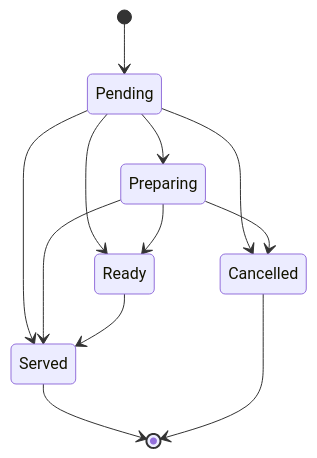
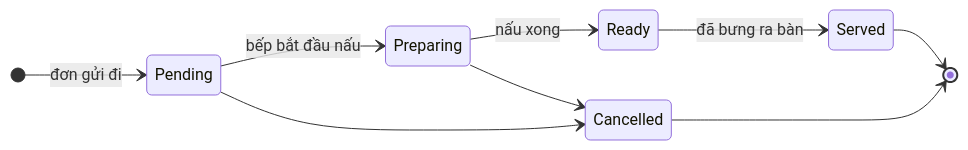
One commit to Anpham120/restaurant-qr-ai-ordering-mobile changed the third of 3 diagrams in docs/backend/ARCHITECTURE.md. Above: the diagram before and after it, drawn with Mermaid. The commit also changed other lines of this file and 23 other files, not shown here.

````diff
--- a/docs/backend/ARCHITECTURE.md
+++ b/docs/backend/ARCHITECTURE.md
@@ -422,14 +119,12 @@
 ```mermaid
 stateDiagram-v2
-    [*] --> Pending
-    Pending --> Preparing
-    Pending --> Ready
-    Pending --> Served
-    Preparing --> Ready
-    Preparing --> Served
-    Ready --> Served
-    Pending --> Cancelled
-    Preparing --> Cancelled
-    Served --> [*]
-    Cancelled --> [*]
+  direction LR
+  [*] --> Pending: đơn gửi đi
+  Pending --> Preparing: bếp bắt đầu nấu
+  Preparing --> Ready: nấu xong
+  Ready --> Served: đã bưng ra bàn
+  Pending --> Cancelled
+  Preparing --> Cancelled
+  Served --> [*]
+  Cancelled --> [*]
 ```
````
